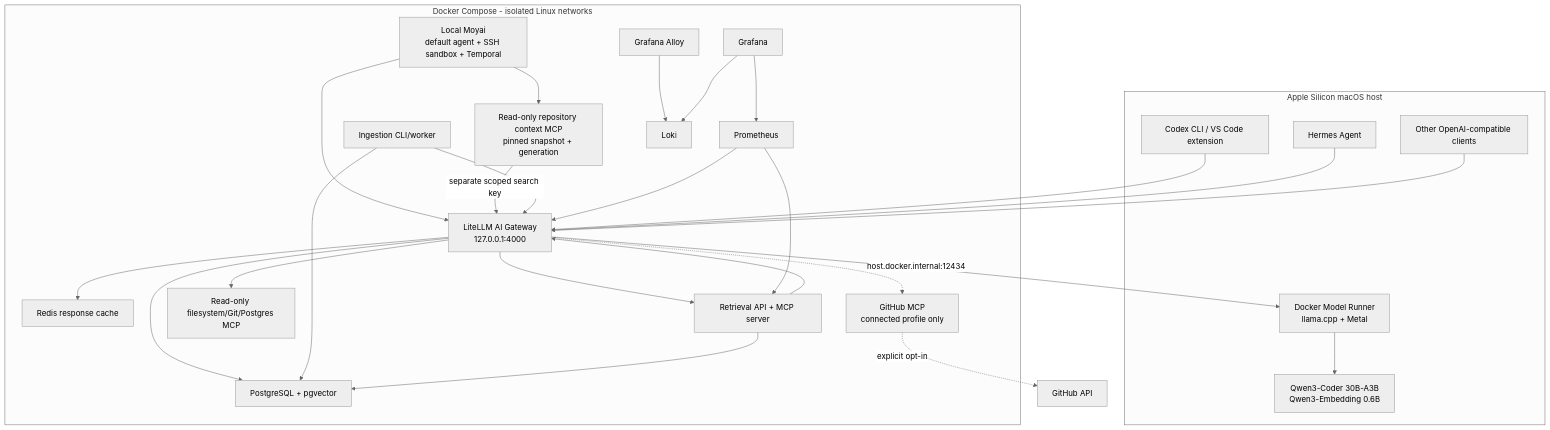
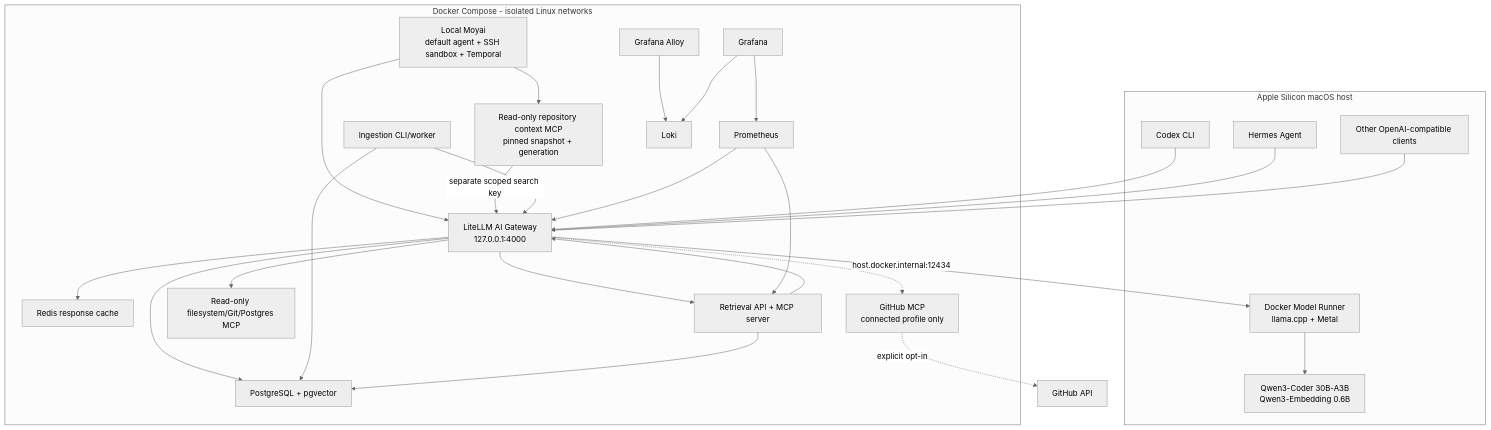
One commit to taras-kolodchyn/local-ai-platform changed the first of 4 diagrams in docs/architecture.md. Above: the diagram before and after it, drawn with Mermaid (neutral theme). The commit also changed other lines of this file and 67 other files, not shown here.

````diff
--- a/docs/architecture.md
+++ b/docs/architecture.md
@@ -22,51 +22,51 @@
 ```mermaid
 flowchart TB
     subgraph Host["Apple Silicon macOS host"]
-        Codex["Codex CLI / VS Code extension"]
+        Codex["Codex CLI"]
         Hermes["Hermes Agent"]
         Other["Other OpenAI-compatible clients"]
         DMR["Docker Model Runner\nllama.cpp + Metal"]
         Qwen["Qwen3-Coder 30B-A3B\nQwen3-Embedding 0.6B"]
         DMR --> Qwen
     end
 
     subgraph Compose["Docker Compose - isolated Linux networks"]
         LiteLLM["LiteLLM AI Gateway\n127.0.0.1:4000"]
         Moyai["Local Moyai\ndefault agent + SSH sandbox + Temporal"]
         RepositoryContext["Read-only repository context MCP\npinned snapshot + generation"]
         Redis["Redis response cache"]
         Postgres["PostgreSQL + pgvector"]
         Ingestion["Ingestion CLI/worker"]
         Retrieval["Retrieval API + MCP server"]
         OfflineTools["Read-only filesystem/Git/Postgres MCP"]
         GitHubMCP["GitHub MCP\nconnected profile only"]
         Prometheus["Prometheus"]
         Loki["Loki"]
         Alloy["Grafana Alloy"]
         Grafana["Grafana"]
 
         LiteLLM --> Redis
         Moyai --> LiteLLM
         Moyai --> RepositoryContext
         RepositoryContext -->|"separate scoped search key"| LiteLLM
         LiteLLM --> Postgres
         Ingestion --> LiteLLM
         Ingestion --> Postgres
         Retrieval --> LiteLLM
         Retrieval --> Postgres
         LiteLLM --> Retrieval
         LiteLLM --> OfflineTools
         LiteLLM -.-> GitHubMCP
         Prometheus --> LiteLLM
         Prometheus --> Retrieval
         Alloy --> Loki
         Grafana --> Prometheus
         Grafana --> Loki
     end
 
     Codex --> LiteLLM
     Hermes --> LiteLLM
     Other --> LiteLLM
     LiteLLM -->|"host.docker.internal:12434"| DMR
     GitHubMCP -. "explicit opt-in" .-> GitHub["GitHub API"]
 ```
````
